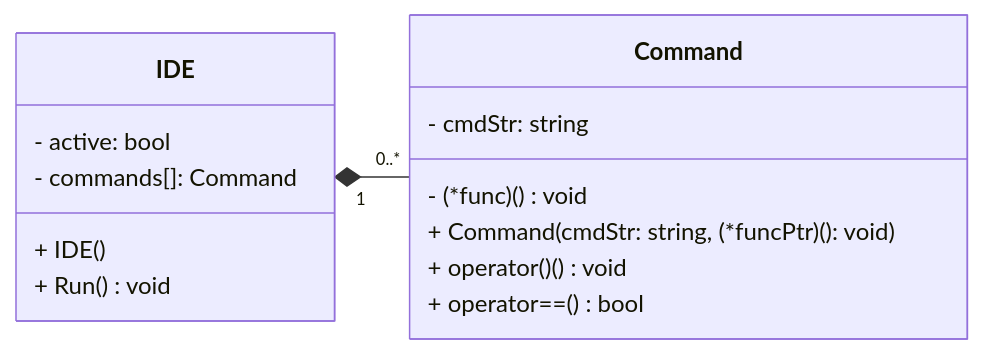
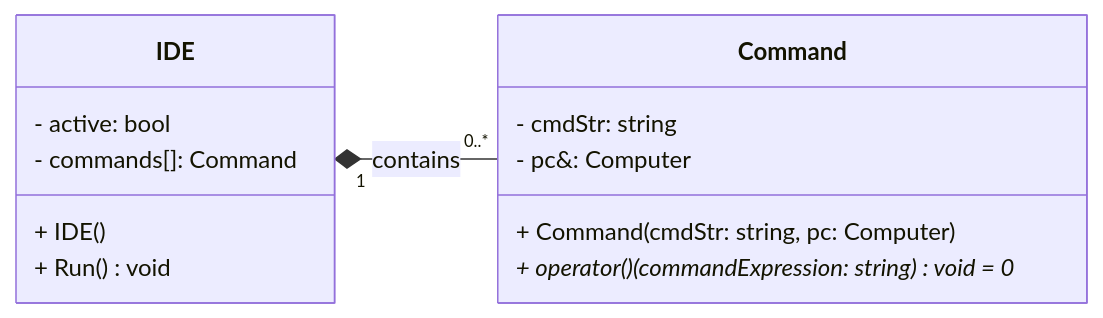
One commit to Spyro1/Basic-Lite-Interpreter changed the first of 6 diagrams in Documentation/Plan.md. Above: the diagram before and after it, drawn with Mermaid. The commit also changed other lines of this file and 3 other files, not shown here.

````diff
--- a/Documentation/Plan.md
+++ b/Documentation/Plan.md
@@ -31,18 +33,17 @@
 ```mermaid
 classDiagram
     direction LR
     class IDE{
           - active: bool
           - commands[]: Command
           + IDE()
           + Run() void
     }
-    class Command{
-        - cmdStr: string
-        - (*func)() void
-        + Command(cmdStr: string, (*funcPtr)(): void)
-        + operator()() void
-        + operator==() bool
-    }
-    IDE "1" *-- "0..*" Command
+  class Command{
+    - cmdStr: string
+    - pc&: Computer
+    + Command(cmdStr: string, pc: Computer)
+    + operator()(commandExpression: string) void = 0*
+  }
+  IDE "1" *-- "0..*" Command : contains
 ```
````
